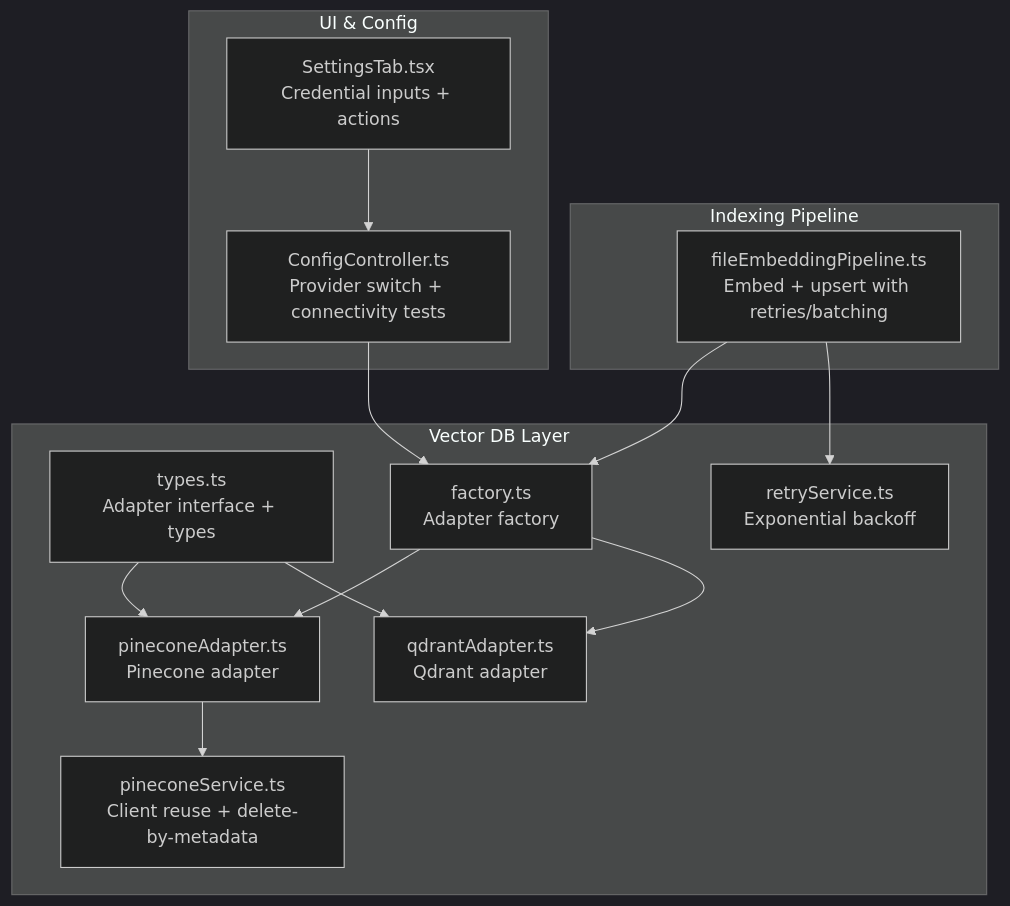
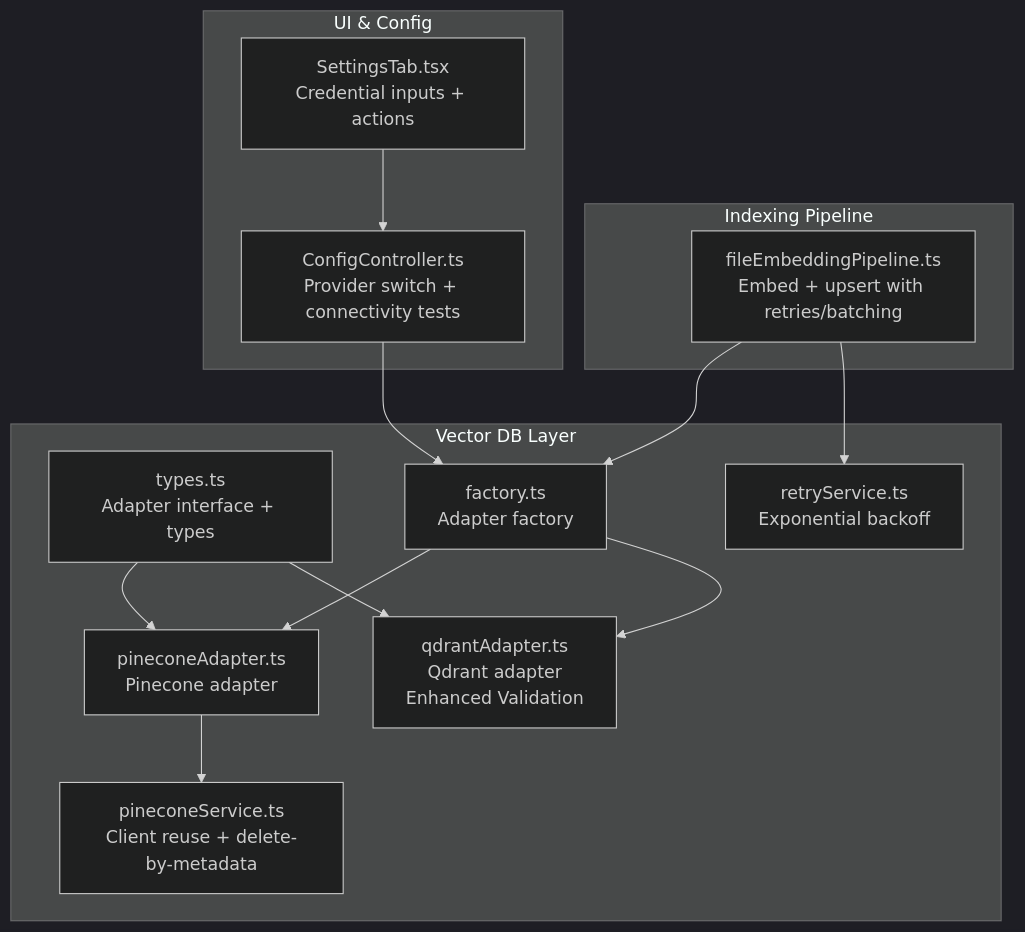
Before and after one commit to bramburn/repomix-runner: the first of 10 diagrams in .qoder/repowiki/en/content/Indexing and Search System/Vector Database Adapters.md, drawn with Mermaid (dark theme). The commit also changed other lines of this file and 14 other files, not shown here.

````diff
--- a/.qoder/repowiki/en/content/Indexing and Search System/Vector Database Adapters.md
+++ b/.qoder/repowiki/en/content/Indexing and Search System/Vector Database Adapters.md
@@ -42,27 +53,27 @@
 ```mermaid
 graph TB
 subgraph "Vector DB Layer"
 Types["types.ts<br/>Adapter interface + types"]
 Factory["factory.ts<br/>Adapter factory"]
 PineconeAdapter["pineconeAdapter.ts<br/>Pinecone adapter"]
-QdrantAdapter["qdrantAdapter.ts<br/>Qdrant adapter"]
+QdrantAdapter["qdrantAdapter.ts<br/>Qdrant adapter<br/>Enhanced Validation"]
 PineconeService["pineconeService.ts<br/>Client reuse + delete-by-metadata"]
 Retry["retryService.ts<br/>Exponential backoff"]
 end
 subgraph "Indexing Pipeline"
 Pipeline["fileEmbeddingPipeline.ts<br/>Embed + upsert with retries/batching"]
 end
 subgraph "UI & Config"
 Ctl["ConfigController.ts<br/>Provider switch + connectivity tests"]
 UI["SettingsTab.tsx<br/>Credential inputs + actions"]
 end
 Types --> PineconeAdapter
 Types --> QdrantAdapter
 Factory --> PineconeAdapter
 Factory --> QdrantAdapter
 Pipeline --> Factory
 Pipeline --> Retry
 PineconeAdapter --> PineconeService
 Ctl --> Factory
 UI --> Ctl
 ```
````
